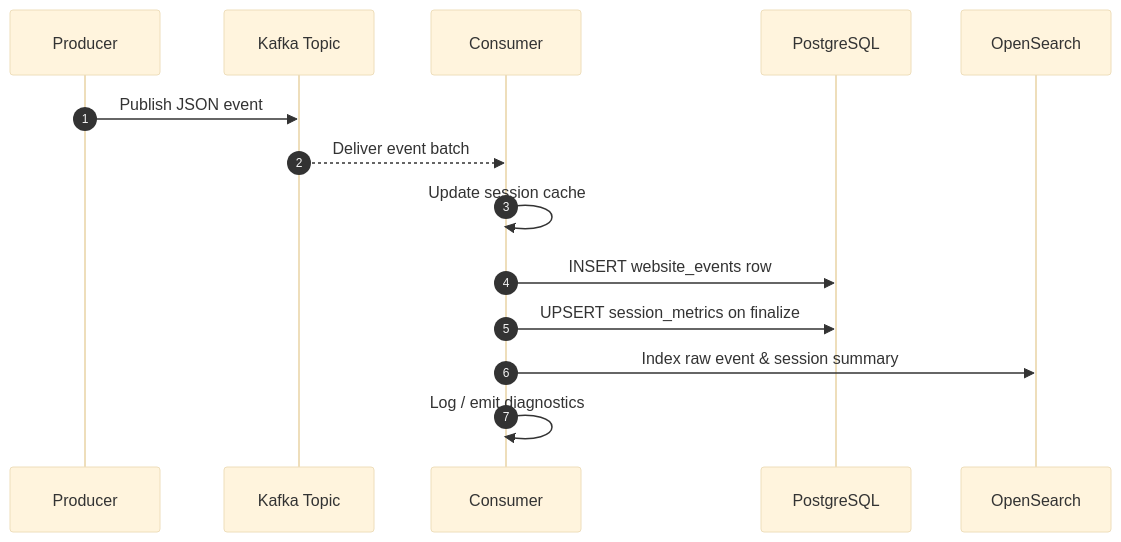
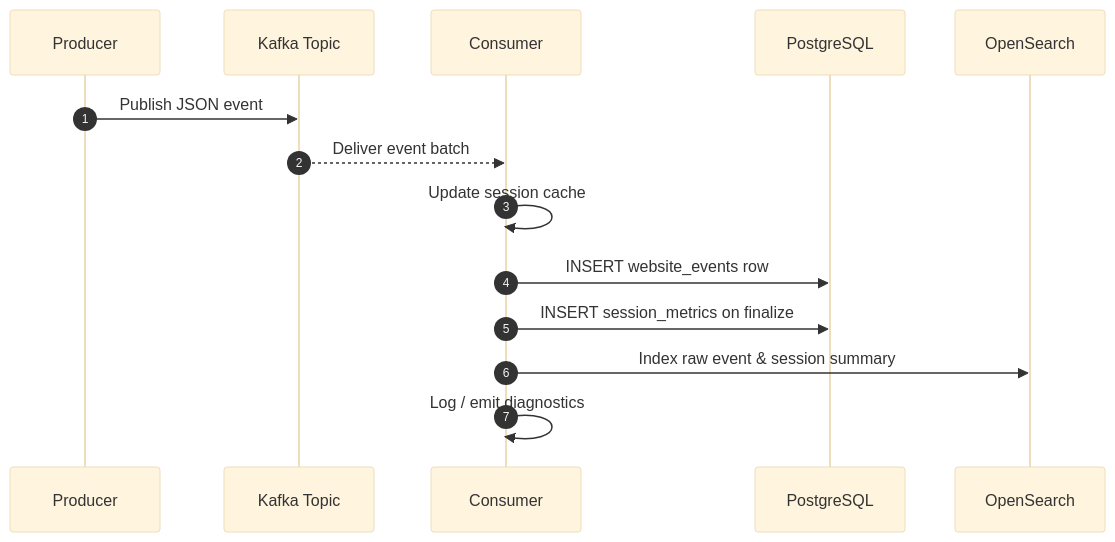
Before and after one commit to SBPnet/aivenChallenge: the second of 2 diagrams in README.md, drawn with Mermaid (base theme).

Commit message:
fix: update diagram to show INSERT instead of UPSERT for session metrics flow

````diff
--- a/README.md
+++ b/README.md
@@ -129,17 +129,17 @@
 ```mermaid
 sequenceDiagram
     autonumber
     participant Producer
     participant Kafka as Kafka Topic
     participant Consumer
     participant Postgres as PostgreSQL
     participant OpenSearch
 
     Producer->>Kafka: Publish JSON event
     Kafka-->>Consumer: Deliver event batch
     Consumer->>Consumer: Update session cache
     Consumer->>Postgres: INSERT website_events row
-    Consumer->>Postgres: UPSERT session_metrics on finalize
+    Consumer->>Postgres: INSERT session_metrics on finalize
     Consumer->>OpenSearch: Index raw event & session summary
     Consumer->>Consumer: Log / emit diagnostics
 ```
````
